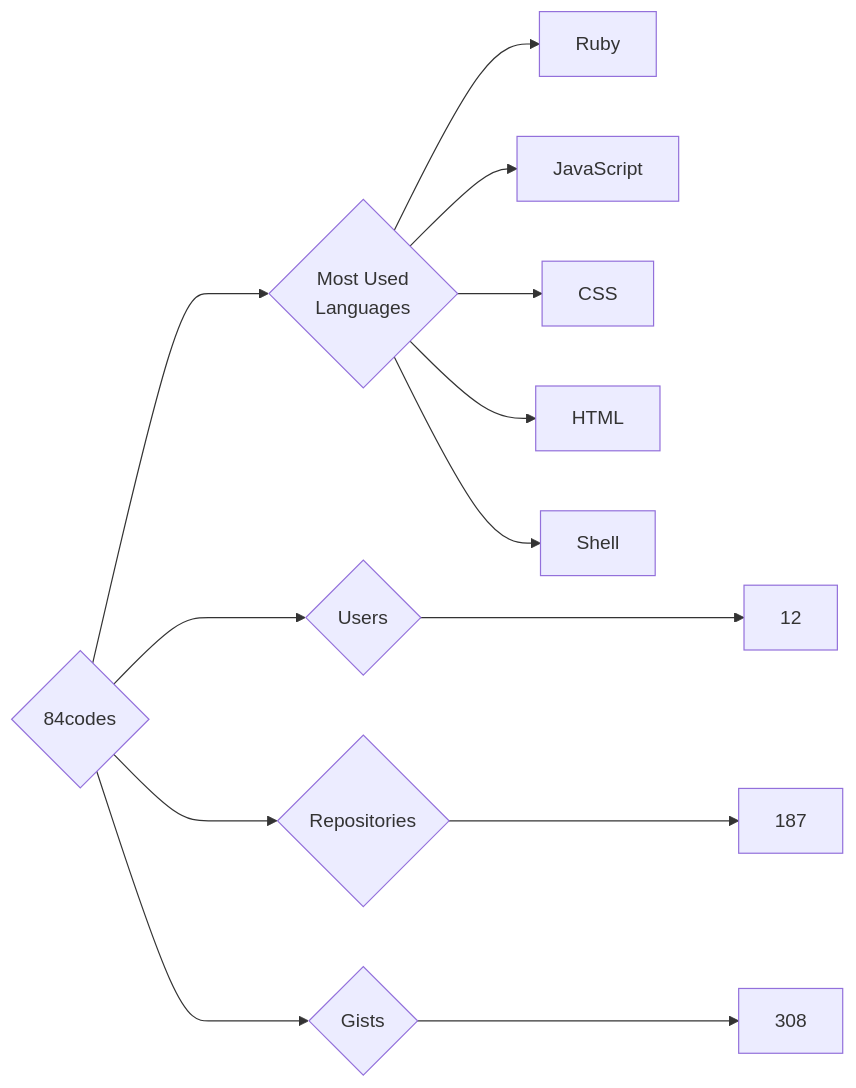
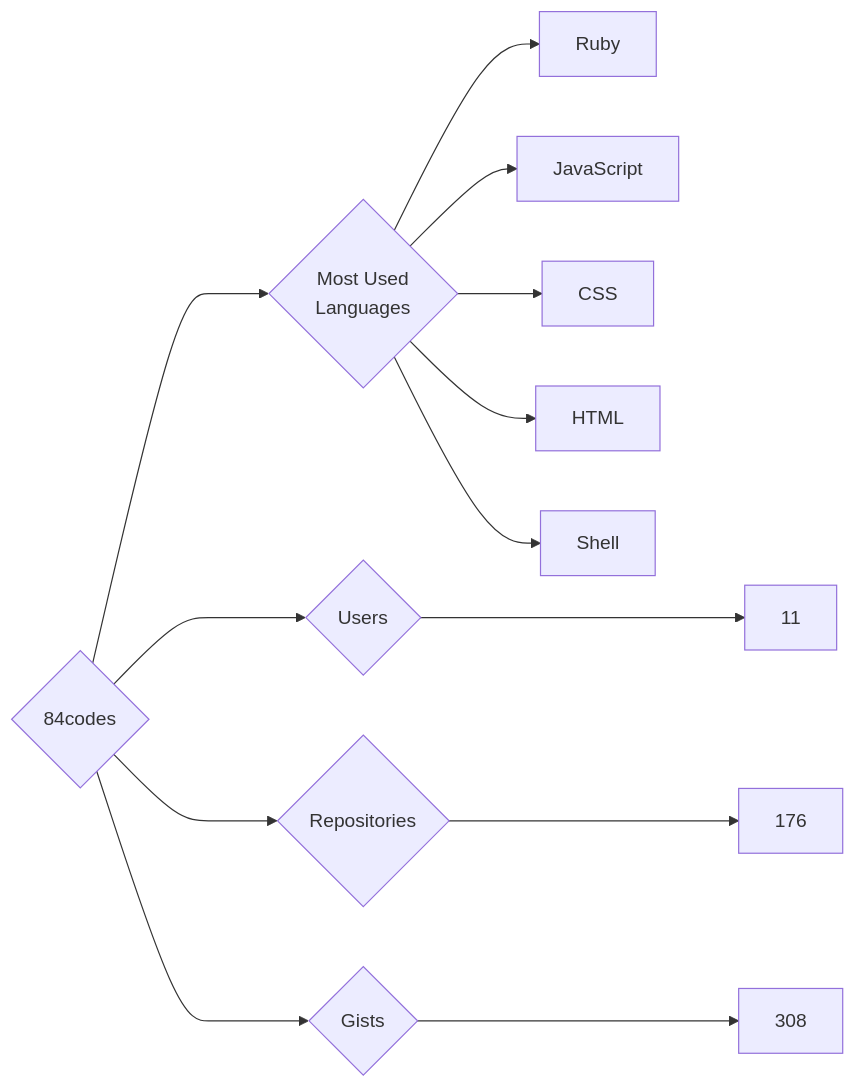
One commit to trickest/insiders changed the diagram in targets/84codes/README.md. Above: the diagram before and after it, drawn with Mermaid. The commit also changed 745 other files, not shown here.

````diff
--- a/targets/84codes/README.md
+++ b/targets/84codes/README.md
@@ -3,13 +3,13 @@
 ```mermaid
 graph LR
 COMPANY_NAME{84codes}
-COMPANY_NAME ---> U{Users} ---> UN[12]
-COMPANY_NAME ---> R{Repositories} ---> RN[187]
+COMPANY_NAME ---> U{Users} ---> UN[11]
+COMPANY_NAME ---> R{Repositories} ---> RN[176]
 COMPANY_NAME ---> G{Gists} ---> GN[308]
 COMPANY_NAME ---> ML{Most Used<br>Languages}
 ML --> Ruby[Ruby]
 ML --> JavaScript[JavaScript]
 ML --> CSS[CSS]
 ML --> HTML[HTML]
 ML --> Shell[Shell]
 ```
````
